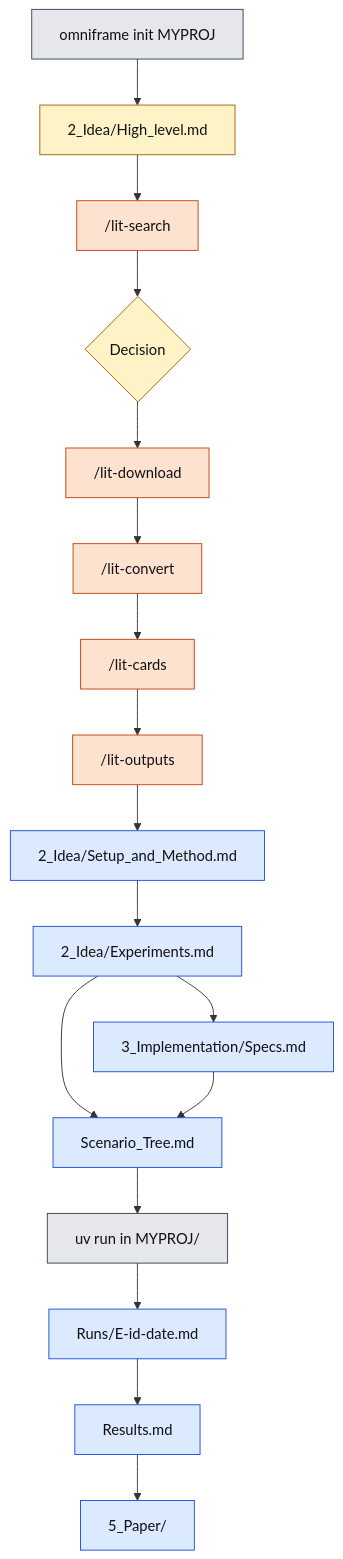
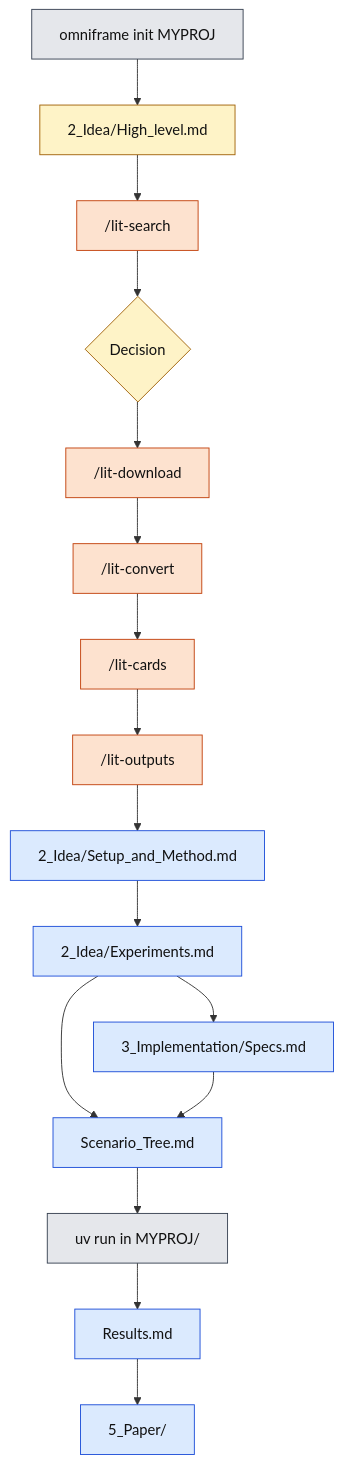
The first of 4 diagrams in GUIDE.md (LeonardoSani/OmniFrame), drawn with Mermaid before and after one commit. The commit also changed other lines of this file and 1 other file, not shown here.

````diff
--- a/GUIDE.md
+++ b/GUIDE.md
@@ -24,30 +24,29 @@
 ```mermaid
 flowchart TD
   classDef shell fill:#e5e7eb,stroke:#374151,color:#111
   classDef claude fill:#fde2cf,stroke:#c2410c,color:#111
   classDef chat fill:#dbeafe,stroke:#1d4ed8,color:#111
   classDef you fill:#fef3c7,stroke:#a16207,color:#111
 
   init["omniframe init MYPROJ"]:::shell
   hl["2_Idea/High_level.md"]:::you
   se["/lit-search"]:::claude
   dec{"Decision"}:::you
   dl["/lit-download"]:::claude
   cv["/lit-convert"]:::claude
   ca["/lit-cards"]:::claude
   ou["/lit-outputs"]:::claude
   me["2_Idea/Setup_and_Method.md"]:::chat
   ex["2_Idea/Experiments.md"]:::chat
   spec["3_Implementation/Specs.md"]:::chat
   tree["Scenario_Tree.md"]:::chat
   run["uv run in MYPROJ/"]:::shell
-  rec["Runs/E-id-date.md"]:::chat
   res["Results.md"]:::chat
   paper["5_Paper/"]:::chat
 
   init --> hl --> se --> dec --> dl --> cv --> ca --> ou --> me --> ex
   ex --> spec
   ex --> tree
   spec --> tree
-  tree --> run --> rec --> res --> paper
+  tree --> run --> res --> paper
 ```
````
